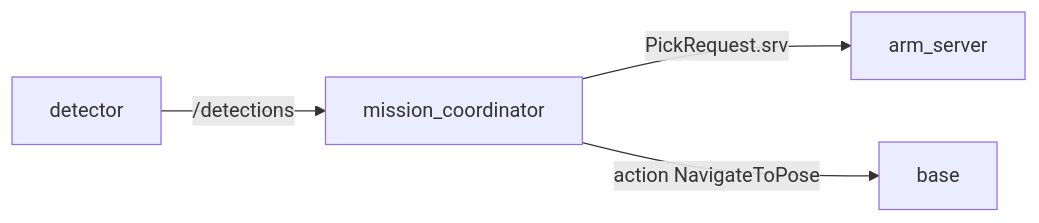
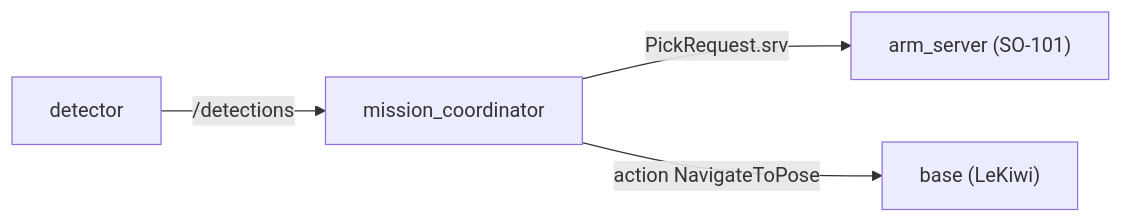
One commit to EtienneSchmitz/ros2_course changed the second of 2 diagrams in apps/slides/jour1/slides.md. Above: the diagram before and after it, drawn with Mermaid. The commit also changed other lines of this file and 29 other files, not shown here.

````diff
--- a/apps/slides/jour1/slides.md
+++ b/apps/slides/jour1/slides.md
@@ -348,6 +796,6 @@
 ```mermaid
 flowchart LR
   cam["detector"] -->|"/detections"| coord["mission_coordinator"]
-  coord -->|"PickRequest.srv"| arm["arm_server"]
-  coord -->|"action NavigateToPose"| base["base"]
+  coord -->|"PickRequest.srv"| arm["arm_server (SO-101)"]
+  coord -->|"action NavigateToPose"| base["base (LeKiwi)"]
 ```
````
